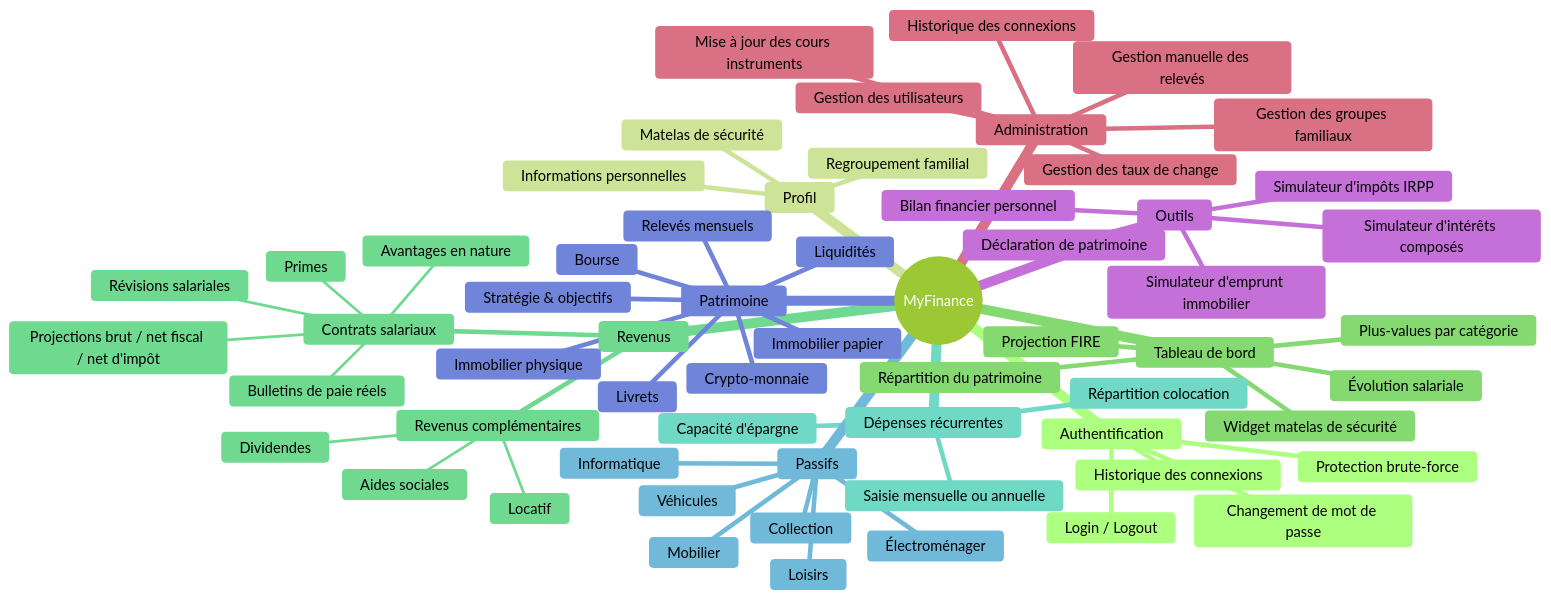
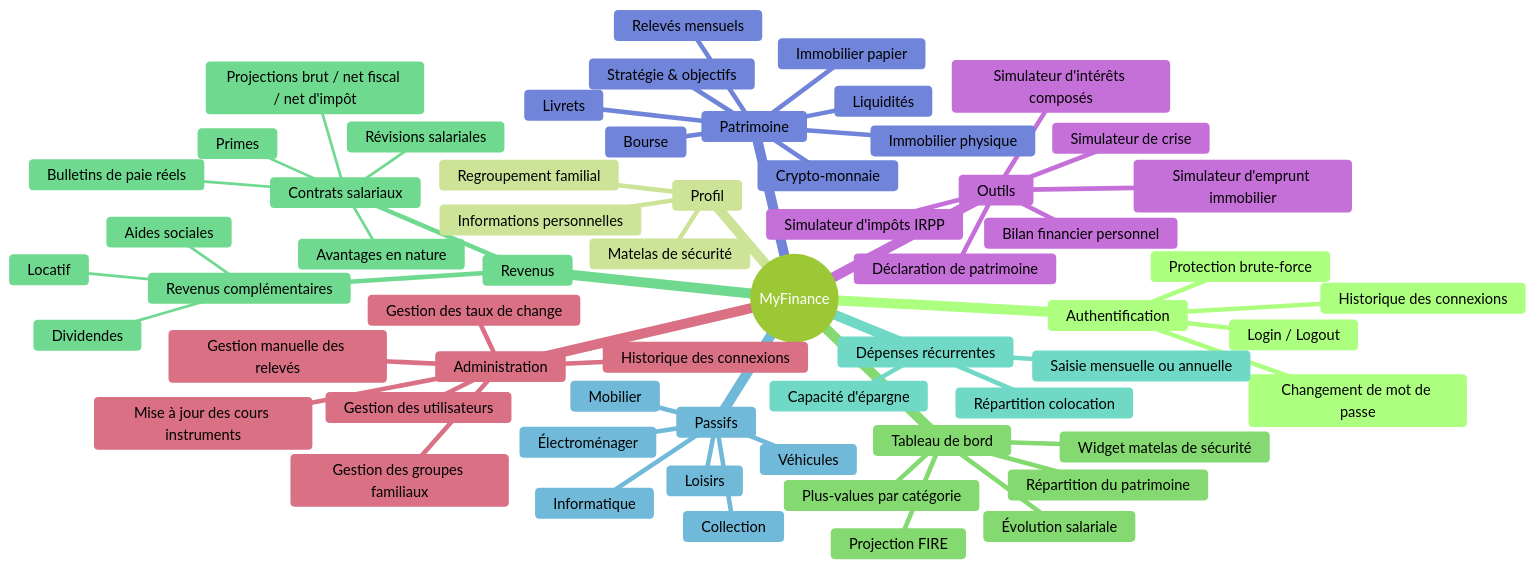
Before and after one commit to Neogost/MyFinance: the diagram in docs/architecture/overview.md, drawn with Mermaid (forest theme). The commit also changed other lines of this file and 1 other file, not shown here.

First line of the commit message:
docs(outils): architecture du simulateur de crise

````diff
--- a/docs/architecture/overview.md
+++ b/docs/architecture/overview.md
@@ -23,63 +23,64 @@
 ```mermaid
 mindmap
   root((MyFinance))
     Authentification
         Login / Logout
         Changement de mot de passe
         Historique des connexions
         Protection brute-force
     Profil
         Informations personnelles
         Matelas de sécurité
         Regroupement familial
     Tableau de bord
         Évolution salariale
         Répartition du patrimoine
         Plus-values par catégorie
         Widget matelas de sécurité
         Projection FIRE
     Revenus
         Contrats salariaux
             Projections brut / net fiscal / net d'impôt
             Bulletins de paie réels
             Révisions salariales
             Primes
             Avantages en nature
         Revenus complémentaires
             Locatif
             Dividendes
             Aides sociales
     Dépenses récurrentes
         Saisie mensuelle ou annuelle
         Répartition colocation
         Capacité d'épargne
     Passifs
         Véhicules
         Informatique
         Électroménager
         Mobilier
         Collection
         Loisirs
     Patrimoine
         Bourse
         Crypto-monnaie
         Immobilier papier
         Immobilier physique
         Livrets
         Liquidités
         Relevés mensuels
         Stratégie & objectifs
     Outils
         Simulateur d'impôts IRPP
         Bilan financier personnel
         Simulateur d'intérêts composés
         Simulateur d'emprunt immobilier
         Déclaration de patrimoine
+        Simulateur de crise
     Administration
         Gestion des utilisateurs
         Mise à jour des cours instruments
         Gestion des taux de change
         Gestion manuelle des relevés
         Historique des connexions
         Gestion des groupes familiaux
 ```
````
